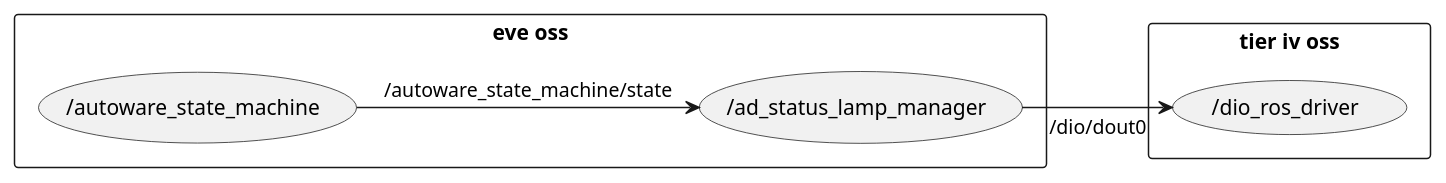
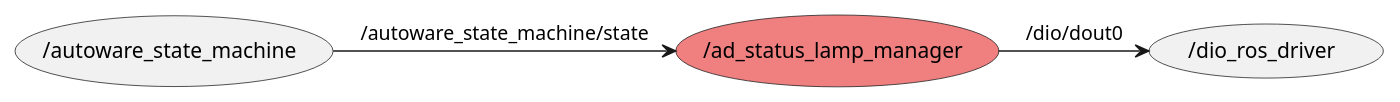
The diagram in docs/node_graph.pu (eve-autonomy/ad_status_lamp_manager), drawn with PlantUML before and after one commit. The commit also changed 1 other file, not shown here.

```diff
--- a/docs/node_graph.pu
+++ b/docs/node_graph.pu
@@ -1,15 +1,11 @@
 @startuml
 
-rectangle "eve oss" {
-  usecase "/autoware_state_machine"
-  usecase "/ad_status_lamp_manager"
-}
+usecase "/autoware_state_machine"
+usecase "/ad_status_lamp_manager" #LightCoral
+usecase "/dio_ros_driver"
 
-rectangle "tier iv oss" {
-  usecase "/dio_ros_driver"
-}
 (/autoware_state_machine) -> (/ad_status_lamp_manager) : /autoware_state_machine/state
 
 (/ad_status_lamp_manager) -> (/dio_ros_driver) : /dio/dout0
 
 @enduml
```
